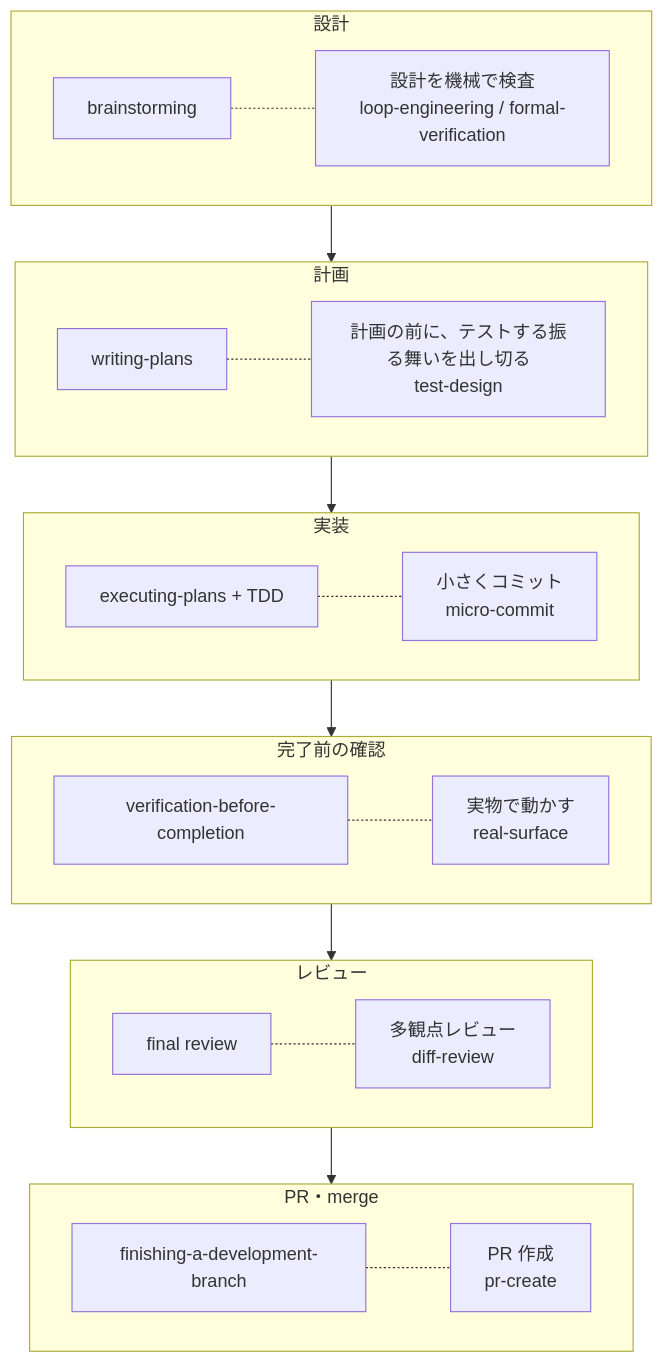
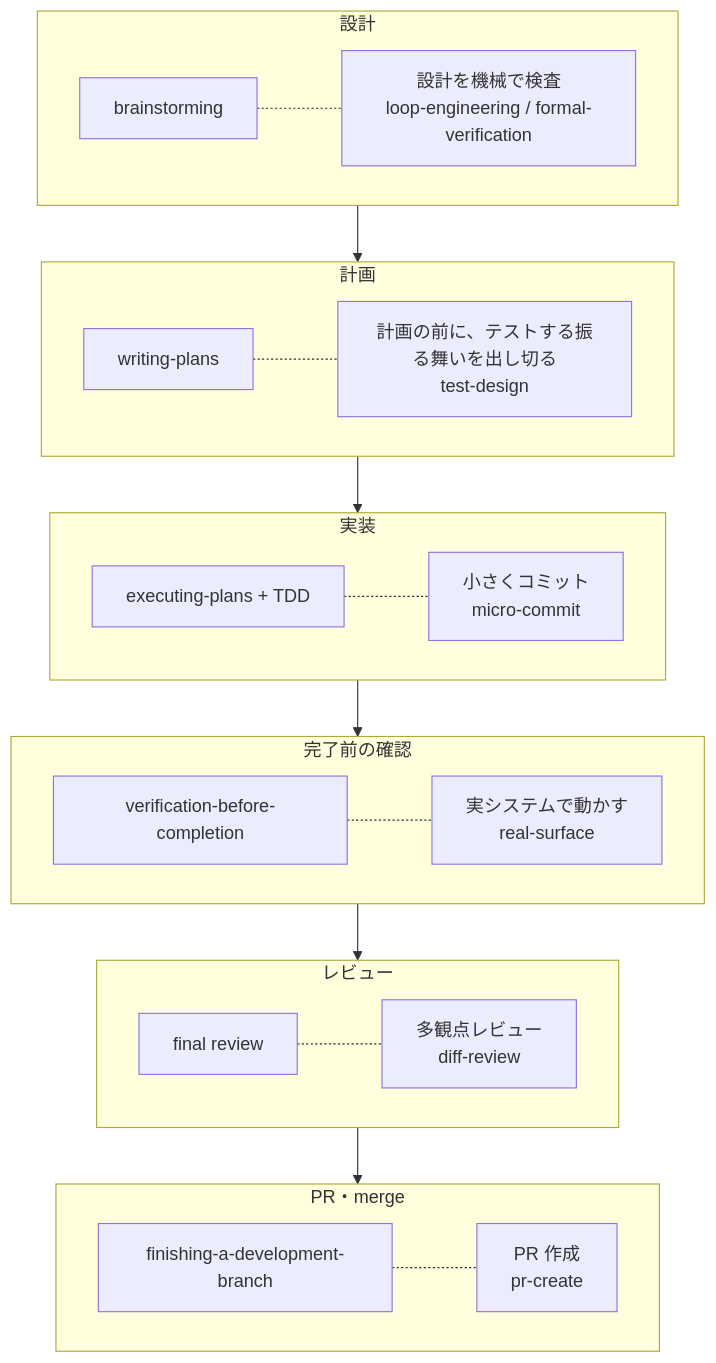
One commit to Hakkadaikon/hymme changed the first of 2 diagrams in README.md. Above: the diagram before and after it, drawn with Mermaid. The commit also changed other lines of this file and 60 other files, not shown here.

````diff
--- a/README.md
+++ b/README.md
@@ -16,28 +16,28 @@
 ```mermaid
 flowchart TD
     subgraph S1["設計"]
         direction LR
         A["brainstorming"] -.- A1["設計を機械で検査<br>loop-engineering / formal-verification"]
     end
     subgraph S2["計画"]
         direction LR
         B["writing-plans"] -.- B1["計画の前に、テストする振る舞いを出し切る<br>test-design"]
     end
     subgraph S3["実装"]
         direction LR
         C["executing-plans + TDD"] -.- C1["小さくコミット<br>micro-commit"]
     end
     subgraph S4["完了前の確認"]
         direction LR
-        D["verification-before-completion"] -.- D1["実物で動かす<br>real-surface"]
+        D["verification-before-completion"] -.- D1["実システムで動かす<br>real-surface"]
     end
     subgraph S5["レビュー"]
         direction LR
         E["final review"] -.- E1["多観点レビュー<br>diff-review"]
     end
     subgraph S6["PR・merge"]
         direction LR
         F["finishing-a-development-branch"] -.- F1["PR 作成<br>pr-create"]
     end
     S1 --> S2 --> S3 --> S4 --> S5 --> S6
 ```
````
